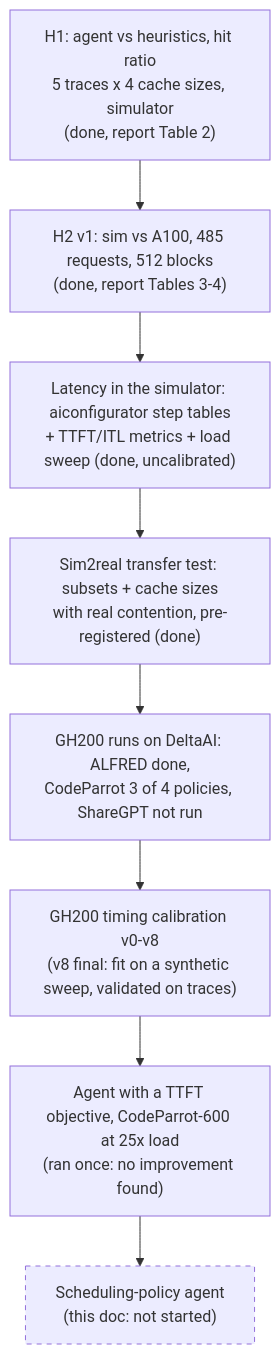
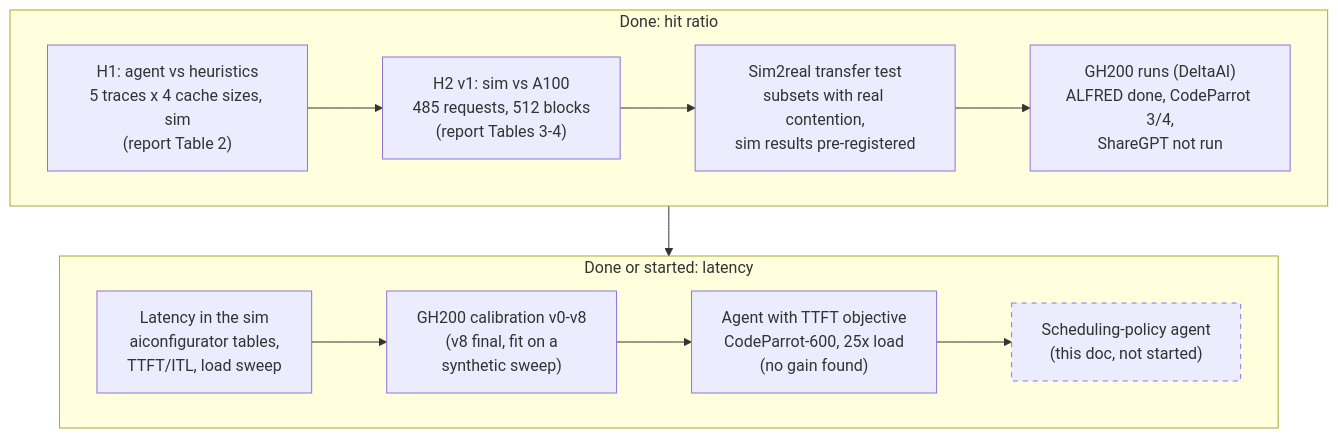
The third of 4 diagrams in docs/scheduling-policy-handoff.md (miguelaenlle/UniCache), drawn with Mermaid before and after one commit.

Commit message:
Handoff doc: lay out the progress diagram in two rows

````diff
--- a/docs/scheduling-policy-handoff.md
+++ b/docs/scheduling-policy-handoff.md
@@ -140,13 +140,21 @@
 ```mermaid
 flowchart TB
-    H1["H1: agent vs heuristics, hit ratio<br/>5 traces x 4 cache sizes, simulator<br/>(done, report Table 2)"]
-    H2["H2 v1: sim vs A100, 485 requests, 512 blocks<br/>(done, report Tables 3-4)"]
-    AIC["Latency in the simulator: aiconfigurator step tables<br/>+ TTFT/ITL metrics + load sweep (done, uncalibrated)"]
-    PRE["Sim2real transfer test: subsets + cache sizes<br/>with real contention, pre-registered (done)"]
-    GPU["GH200 runs on DeltaAI: ALFRED done,<br/>CodeParrot 3 of 4 policies, ShareGPT not run"]
-    CAL["GH200 timing calibration v0-v8<br/>(v8 final: fit on a synthetic sweep, validated on traces)"]
-    ST3["Agent with a TTFT objective, CodeParrot-600 at 25x load<br/>(ran once: no improvement found)"]
-    SCH["Scheduling-policy agent<br/>(this doc: not started)"]
-    H1 --> H2 --> AIC --> PRE --> GPU --> CAL --> ST3 --> SCH
+    subgraph R1["Done: hit ratio"]
+        direction LR
+        H1["H1: agent vs heuristics<br/>5 traces x 4 cache sizes, sim<br/>(report Table 2)"]
+        H2["H2 v1: sim vs A100<br/>485 requests, 512 blocks<br/>(report Tables 3-4)"]
+        PRE["Sim2real transfer test<br/>subsets with real contention,<br/>sim results pre-registered"]
+        GPU["GH200 runs (DeltaAI)<br/>ALFRED done, CodeParrot 3/4,<br/>ShareGPT not run"]
+        H1 --> H2 --> PRE --> GPU
+    end
+    subgraph R2["Done or started: latency"]
+        direction LR
+        AIC["Latency in the sim<br/>aiconfigurator tables,<br/>TTFT/ITL, load sweep"]
+        CAL["GH200 calibration v0-v8<br/>(v8 final, fit on a<br/>synthetic sweep)"]
+        ST3["Agent with TTFT objective<br/>CodeParrot-600, 25x load<br/>(no gain found)"]
+        SCH["Scheduling-policy agent<br/>(this doc, not started)"]
+        AIC --> CAL --> ST3 --> SCH
+    end
+    R1 --> R2
     style SCH stroke-dasharray: 5 5
 ```
````
